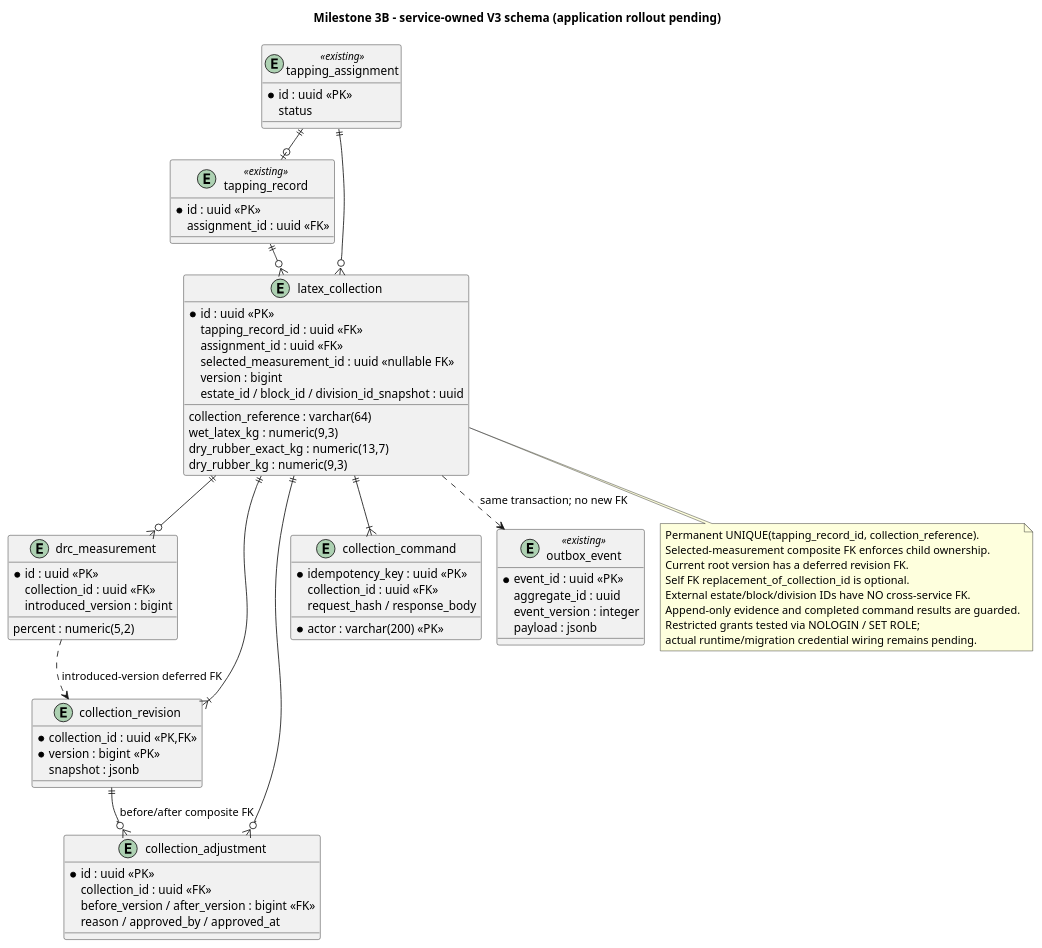
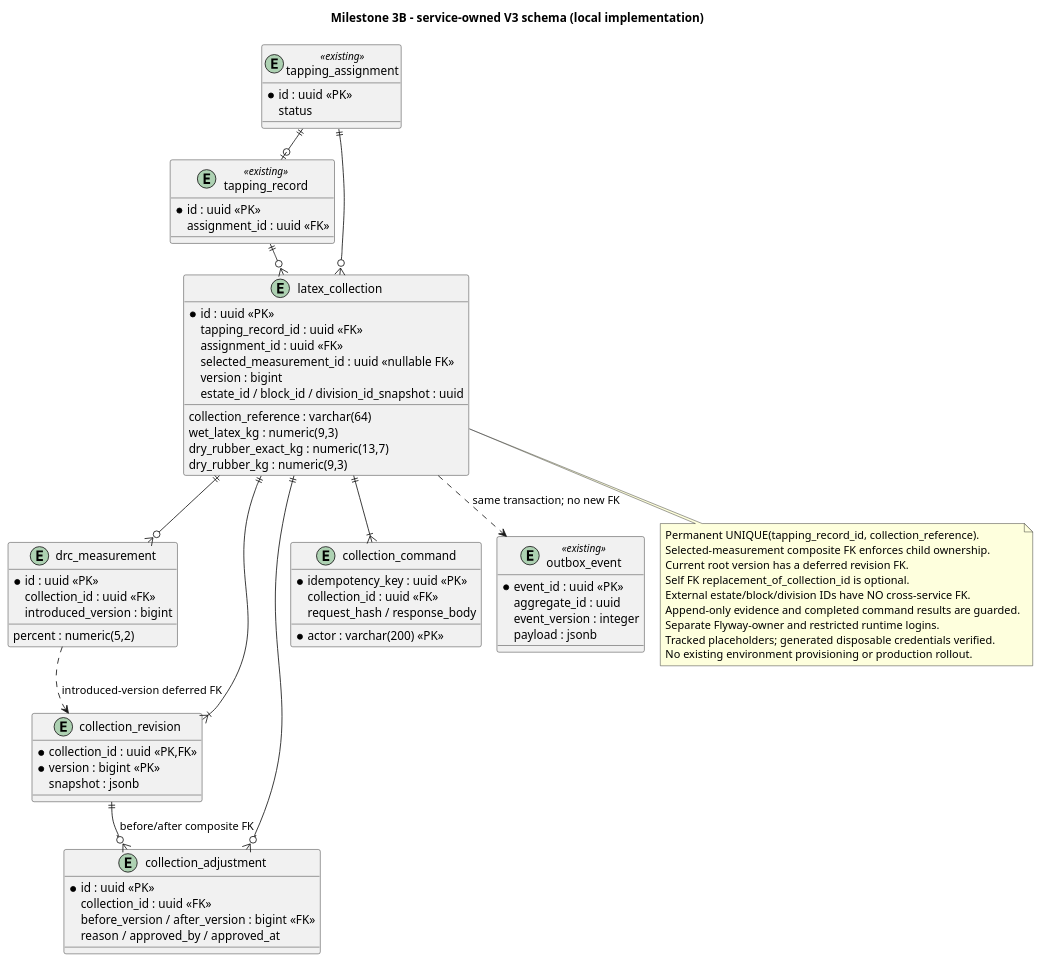
Before and after one commit to swapnilpuri/agrosphere-architecture: the diagram in diagrams/milestone-3b/persistence.puml, drawn with PlantUML. The commit also changed 12 other files, not shown here.

First line of the commit message:
Add milestone documentation for local verification and planning handoff

```diff
--- a/diagrams/milestone-3b/persistence.puml
+++ b/diagrams/milestone-3b/persistence.puml
@@ -1,73 +1,74 @@
 @startuml
-title Milestone 3B - service-owned V3 schema (application rollout pending)
+title Milestone 3B - service-owned V3 schema (local implementation)
 !pragma layout smetana
 entity tapping_assignment <<existing>> {
  * id : uuid <<PK>>
  status
 }
 entity tapping_record <<existing>> {
  * id : uuid <<PK>>
  assignment_id : uuid <<FK>>
 }
 entity latex_collection {
  * id : uuid <<PK>>
  tapping_record_id : uuid <<FK>>
  assignment_id : uuid <<FK>>
  collection_reference : varchar(64)
  selected_measurement_id : uuid <<nullable FK>>
  version : bigint
  estate_id / block_id / division_id_snapshot : uuid
  wet_latex_kg : numeric(9,3)
  dry_rubber_exact_kg : numeric(13,7)
  dry_rubber_kg : numeric(9,3)
 }
 entity drc_measurement {
  * id : uuid <<PK>>
  collection_id : uuid <<FK>>
  introduced_version : bigint
  percent : numeric(5,2)
 }
 entity collection_revision {
  * collection_id : uuid <<PK,FK>>
  * version : bigint <<PK>>
  snapshot : jsonb
 }
 entity collection_adjustment {
  * id : uuid <<PK>>
  collection_id : uuid <<FK>>
  before_version / after_version : bigint <<FK>>
  reason / approved_by / approved_at
 }
 entity collection_command {
  * actor : varchar(200) <<PK>>
  * idempotency_key : uuid <<PK>>
  collection_id : uuid <<FK>>
  request_hash / response_body
 }
 entity outbox_event <<existing>> {
  * event_id : uuid <<PK>>
  aggregate_id : uuid
  event_version : integer
  payload : jsonb
 }
 tapping_assignment ||--o| tapping_record
 tapping_record ||--o{ latex_collection
 tapping_assignment ||--o{ latex_collection
 latex_collection ||--o{ drc_measurement
 latex_collection ||--|{ collection_revision
 latex_collection ||--o{ collection_adjustment
 latex_collection ||--|{ collection_command
 collection_revision ||--o{ collection_adjustment : before/after composite FK
 drc_measurement ..> collection_revision : introduced-version deferred FK
 latex_collection ..> outbox_event : same transaction; no new FK
 note bottom of latex_collection
 Permanent UNIQUE(tapping_record_id, collection_reference).
 Selected-measurement composite FK enforces child ownership.
 Current root version has a deferred revision FK.
 Self FK replacement_of_collection_id is optional.
 External estate/block/division IDs have NO cross-service FK.
 Append-only evidence and completed command results are guarded.
-Restricted grants tested via NOLOGIN / SET ROLE;
-actual runtime/migration credential wiring remains pending.
+Separate Flyway-owner and restricted runtime logins.
+Tracked placeholders; generated disposable credentials verified.
+No existing environment provisioning or production rollout.
 end note
 @enduml
```
